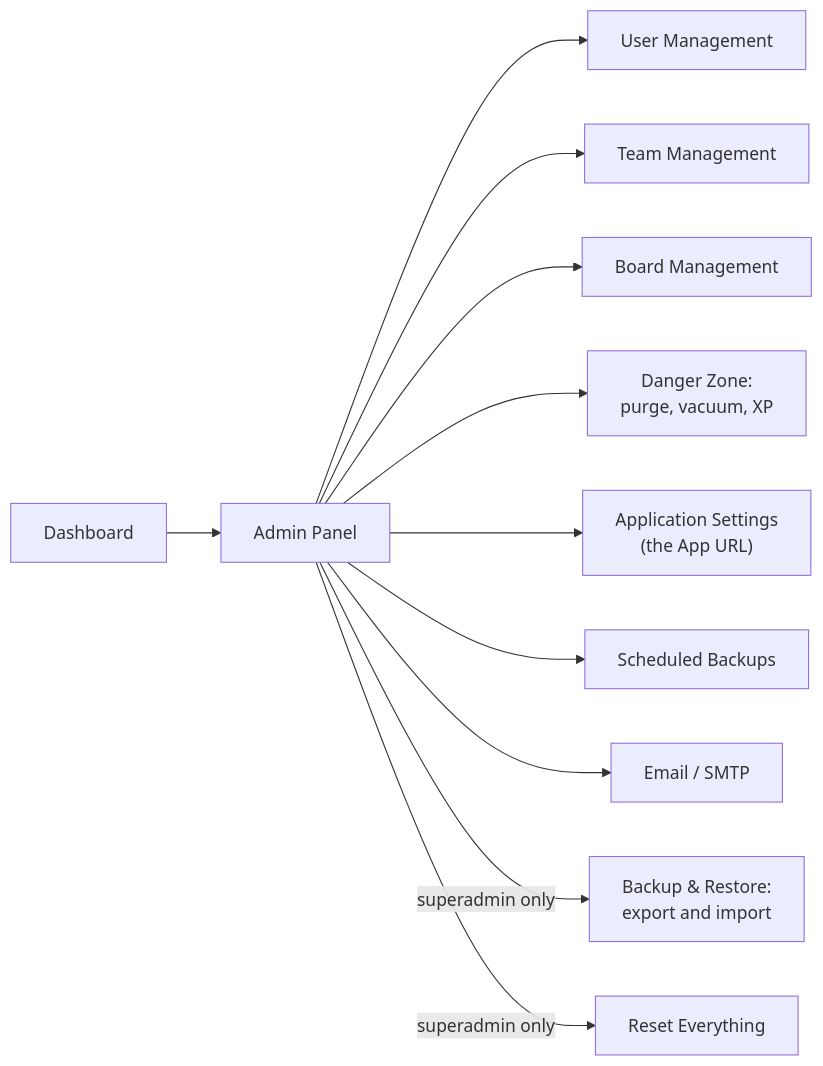
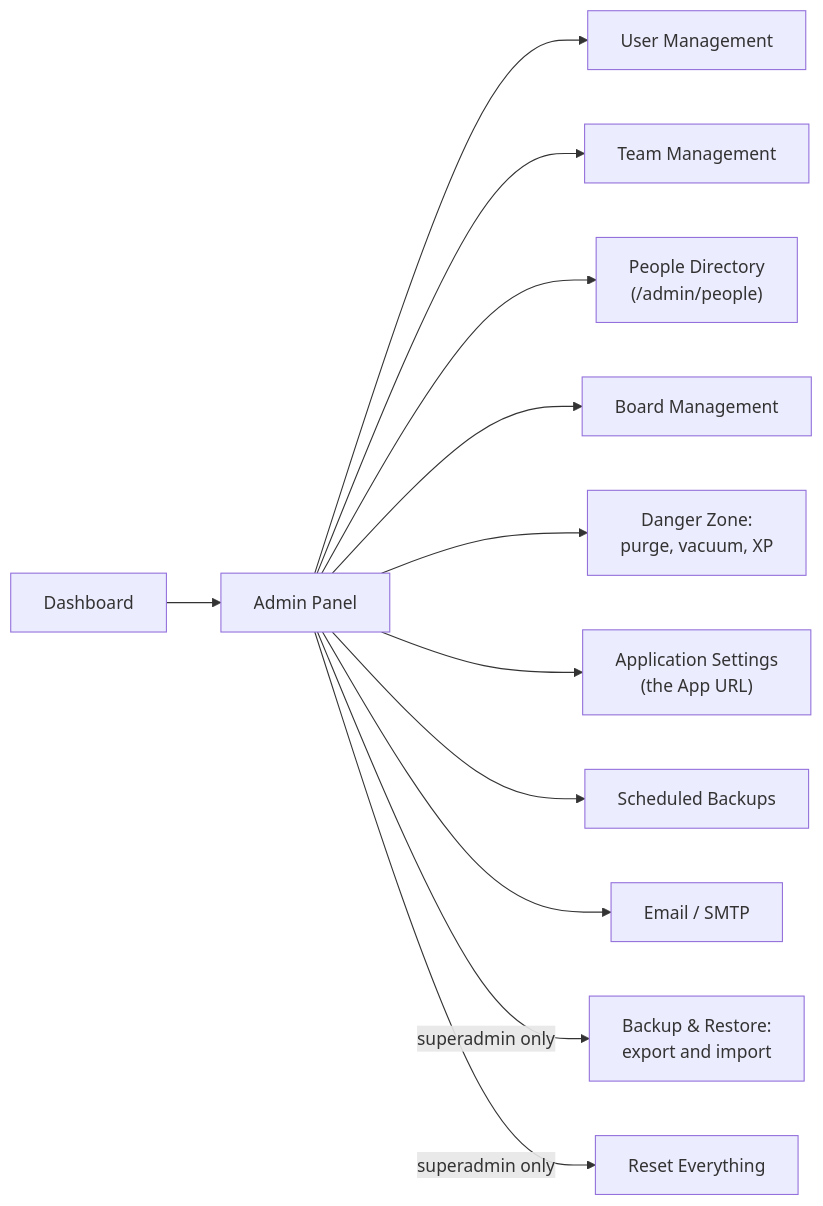
The first of 14 diagrams in docs/admin-guide.md (gitBoon/DumpFire), drawn with Mermaid before and after one commit. The commit also changed other lines of this file and 25 other files, not shown here.

First line of the commit message:
feat: people directory and groups for admins, and a Product Owner picker in Share Board (2674)

````diff
--- a/docs/admin-guide.md
+++ b/docs/admin-guide.md
@@ -39,13 +39,14 @@
 ```mermaid
 flowchart LR
     Dashboard["Dashboard"] --> Admin["Admin Panel"]
     Admin --> Users["User Management"]
     Admin --> Teams["Team Management"]
+    Admin --> People["People Directory\n(/admin/people)"]
     Admin --> Boards["Board Management"]
     Admin --> Danger["Danger Zone:\npurge, vacuum, XP"]
     Admin --> Settings["Application Settings\n(the App URL)"]
     Admin --> Backups["Scheduled Backups"]
     Admin --> SMTP["Email / SMTP"]
     Admin -->|"superadmin only"| Restore["Backup & Restore:\nexport and import"]
     Admin -->|"superadmin only"| Reset["Reset Everything"]
 ```
````
